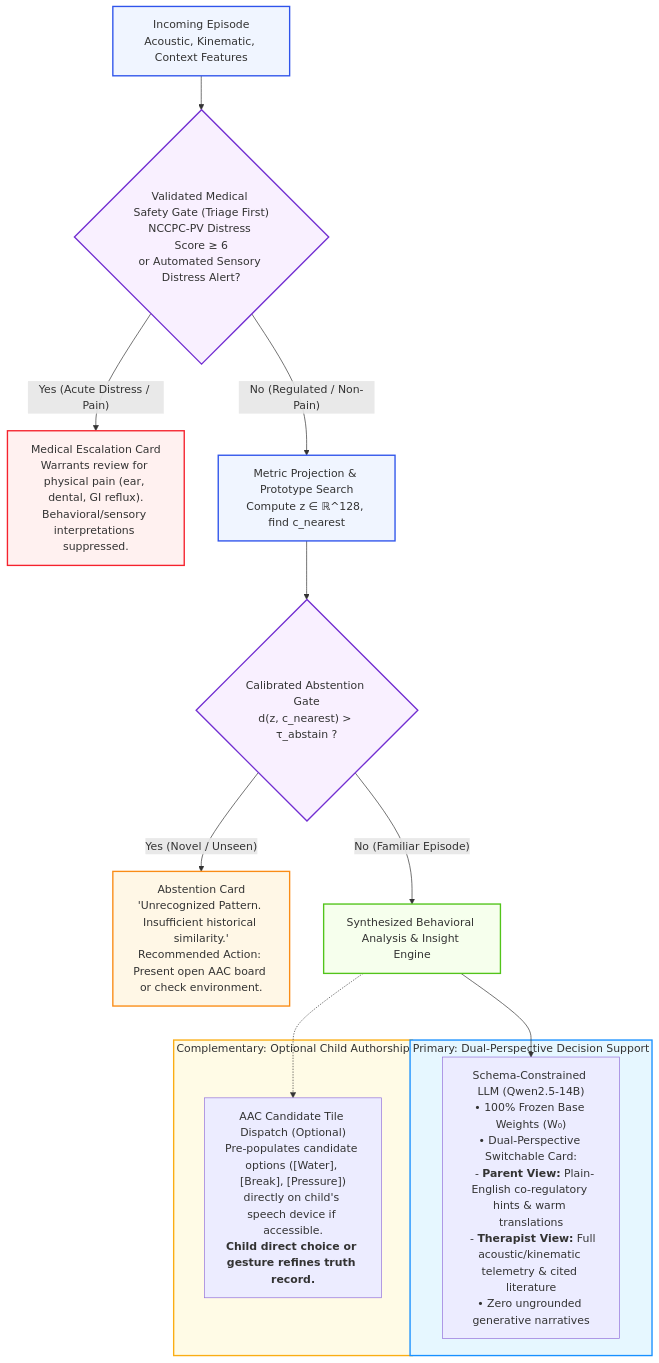
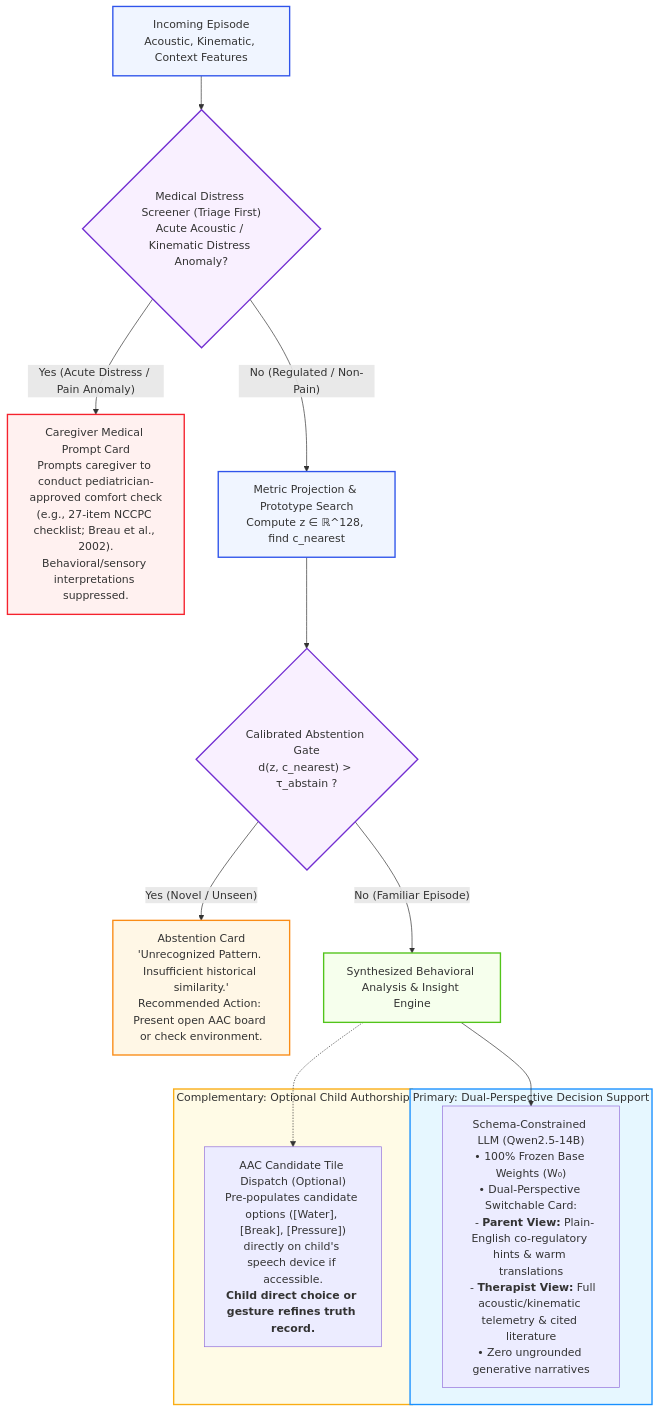
One commit to olostan/project_n changed the sixth of 8 diagrams in DESIGN.md. Above: the diagram before and after it, drawn with Mermaid. The commit also changed other lines of this file and 6 other files, not shown here.

````diff
--- a/DESIGN.md
+++ b/DESIGN.md
@@ -200,35 +200,35 @@
 ```mermaid
 graph TD
-    Query["Incoming Episode<br/>Acoustic, Kinematic, Context Features"] --> Gate1{"Validated Medical Safety Gate (Triage First)<br/>NCCPC-PV Distress Score ≥ 6<br/>or Automated Sensory Distress Alert?"}
+    Query["Incoming Episode<br/>Acoustic, Kinematic, Context Features"] --> Gate1{"Medical Distress Screener (Triage First)<br/>Acute Acoustic / Kinematic Distress Anomaly?"}
 
-    Gate1 -- "Yes (Acute Distress / Pain)" --> MedicalCard["Medical Escalation Card<br/>Warrants review for physical pain (ear, dental, GI reflux).<br/>Behavioral/sensory interpretations suppressed."]
+    Gate1 -- "Yes (Acute Distress / Pain Anomaly)" --> MedicalCard["Caregiver Medical Prompt Card<br/>Prompts caregiver to conduct pediatrician-approved comfort check<br/>(e.g., 27-item NCCPC checklist; Breau et al., 2002).<br/>Behavioral/sensory interpretations suppressed."]
 
     Gate1 -- "No (Regulated / Non-Pain)" --> Embed["Metric Projection & Prototype Search<br/>Compute z ∈ ℝ^128, find c_nearest"]
 
     Embed --> Gate2{"Calibrated Abstention Gate<br/>d(z, c_nearest) > τ_abstain ?"}
 
     Gate2 -- "Yes (Novel / Unseen)" --> AbstainCard["Abstention Card<br/>'Unrecognized Pattern. Insufficient historical similarity.'<br/>Recommended Action: Present open AAC board or check environment."]
 
     Gate2 -- "No (Familiar Episode)" --> InsightSynthesis["Synthesized Behavioral Analysis & Insight Engine"]
 
     subgraph CaregiverPathway ["Primary: Dual-Perspective Decision Support"]
         LLM["Schema-Constrained LLM (Qwen2.5-14B)<br/>• 100% Frozen Base Weights (W₀)<br/>• Dual-Perspective Switchable Card:<br/>  - <b>Parent View:</b> Plain-English co-regulatory hints & warm translations<br/>  - <b>Therapist View:</b> Full acoustic/kinematic telemetry & cited literature<br/>• Zero ungrounded generative narratives"]
     end
 
     subgraph AACPathway ["Complementary: Optional Child Authorship"]
         AAC["AAC Candidate Tile Dispatch (Optional)<br/>Pre-populates candidate options ([Water], [Break], [Pressure])<br/>directly on child's speech device if accessible.<br/><b>Child direct choice or gesture refines truth record.</b>"]
     end
 
     InsightSynthesis --> LLM
     InsightSynthesis -.-> AAC
 
     style Query fill:#f0f5ff,stroke:#2f54eb,stroke-width:2px
     style Gate1 fill:#f9f0ff,stroke:#722ed1,stroke-width:2px
     style Gate2 fill:#f9f0ff,stroke:#722ed1,stroke-width:2px
     style Embed fill:#f0f5ff,stroke:#2f54eb,stroke-width:2px
     style AbstainCard fill:#fff7e6,stroke:#fa8c16,stroke-width:2px
     style MedicalCard fill:#fff1f0,stroke:#f5222d,stroke-width:2px
     style InsightSynthesis fill:#f6ffed,stroke:#52c41a,stroke-width:2px
     style CaregiverPathway fill:#e6f7ff,stroke:#1890ff,stroke-width:2px
     style AACPathway fill:#fffbe6,stroke:#faad14,stroke-width:2px
 ```
````
